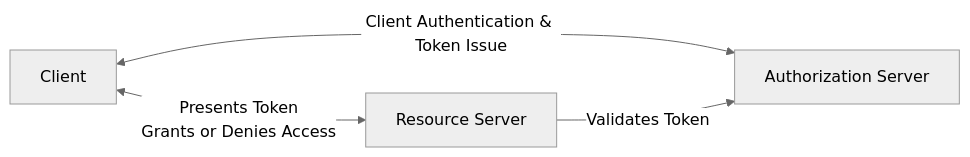
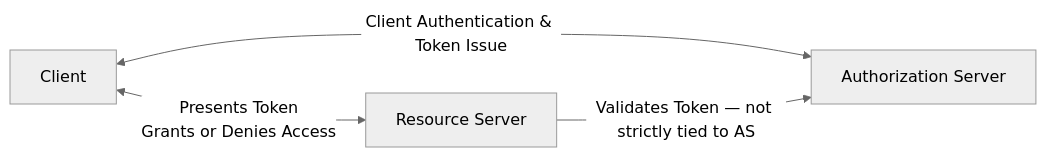
One commit to umzhconnect/umzhconnect-ig changed the first of 3 diagrams in input/pagecontent/security.md. Above: the diagram before and after it, drawn with Mermaid (neutral theme). The commit also changed other lines of this file and 1 other file, not shown here.

````diff
--- a/input/pagecontent/security.md
+++ b/input/pagecontent/security.md
@@ -55,6 +55,6 @@
 ```mermaid
 flowchart LR
     Client <-->|Client Authentication & Token Issue| AS[Authorization Server]
     Client <-->|Presents Token<br>Grants or Denies Access| RS[Resource Server]
-    RS -->|Validates Token| AS
+    RS -->|Validates Token — not strictly tied to AS| AS
 ```
````
